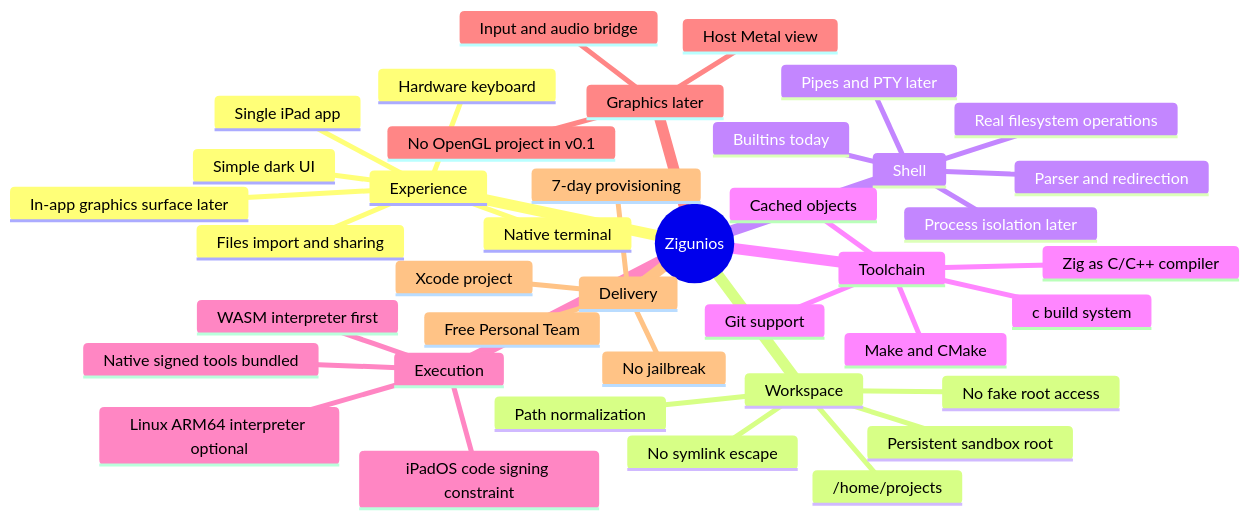
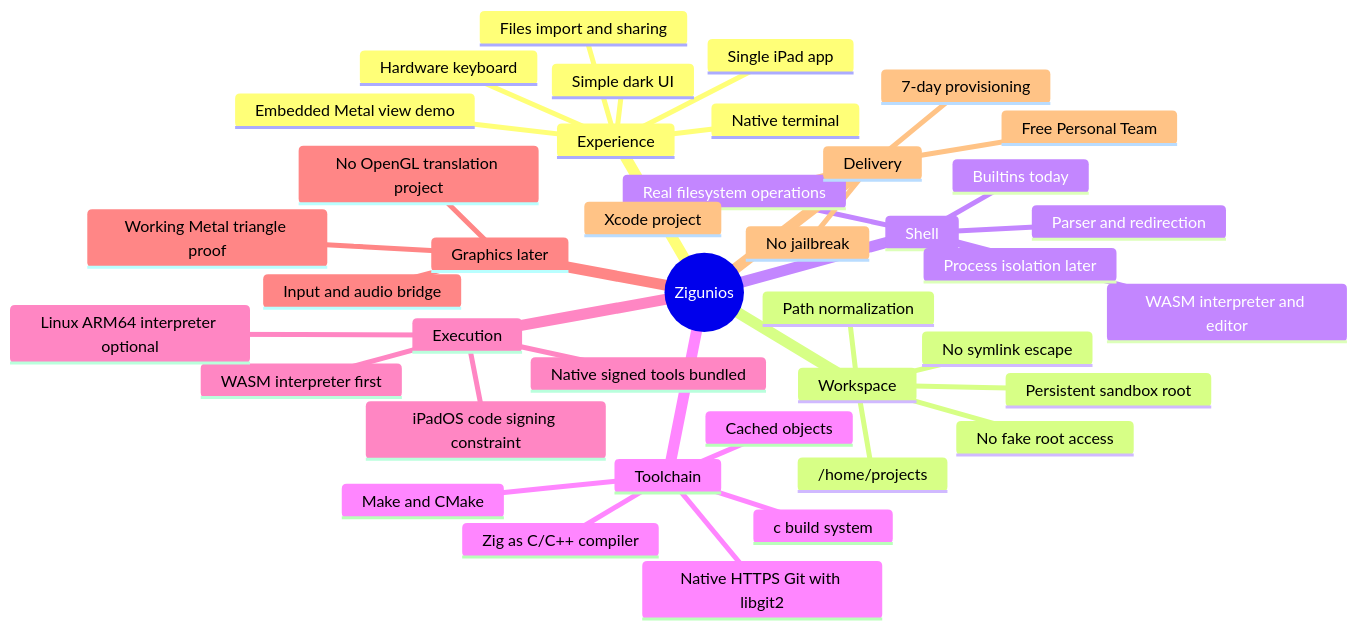
Before and after one commit to xt9y-org/zigunios: the first of 2 diagrams in docs/ARCHITECTURE.md, drawn with Mermaid. The commit also changed other lines of this file, not shown here.

Commit message:
Update architecture roadmap for real Git, wasm3 and Metal rendering milestones

````diff
--- a/docs/ARCHITECTURE.md
+++ b/docs/ARCHITECTURE.md
@@ -3,43 +3,43 @@
 ```mermaid
 mindmap
   root((Zigunios))
     Experience
       Single iPad app
       Native terminal
       Simple dark UI
       Hardware keyboard
       Files import and sharing
-      In-app graphics surface later
+      Embedded Metal view demo
     Workspace
       Persistent sandbox root
       /home/projects
       No fake root access
       Path normalization
       No symlink escape
     Shell
       Real filesystem operations
       Builtins today
       Parser and redirection
-      Pipes and PTY later
+      WASM interpreter and editor
       Process isolation later
     Toolchain
-      Git support
+      Native HTTPS Git with libgit2
       Zig as C/C++ compiler
       c build system
       Make and CMake
       Cached objects
     Execution
       iPadOS code signing constraint
       WASM interpreter first
       Linux ARM64 interpreter optional
       Native signed tools bundled
     Graphics later
-      Host Metal view
+      Working Metal triangle proof
       Input and audio bridge
-      No OpenGL project in v0.1
+      No OpenGL translation project
     Delivery
       Xcode project
       Free Personal Team
       7-day provisioning
       No jailbreak
 ```
````
